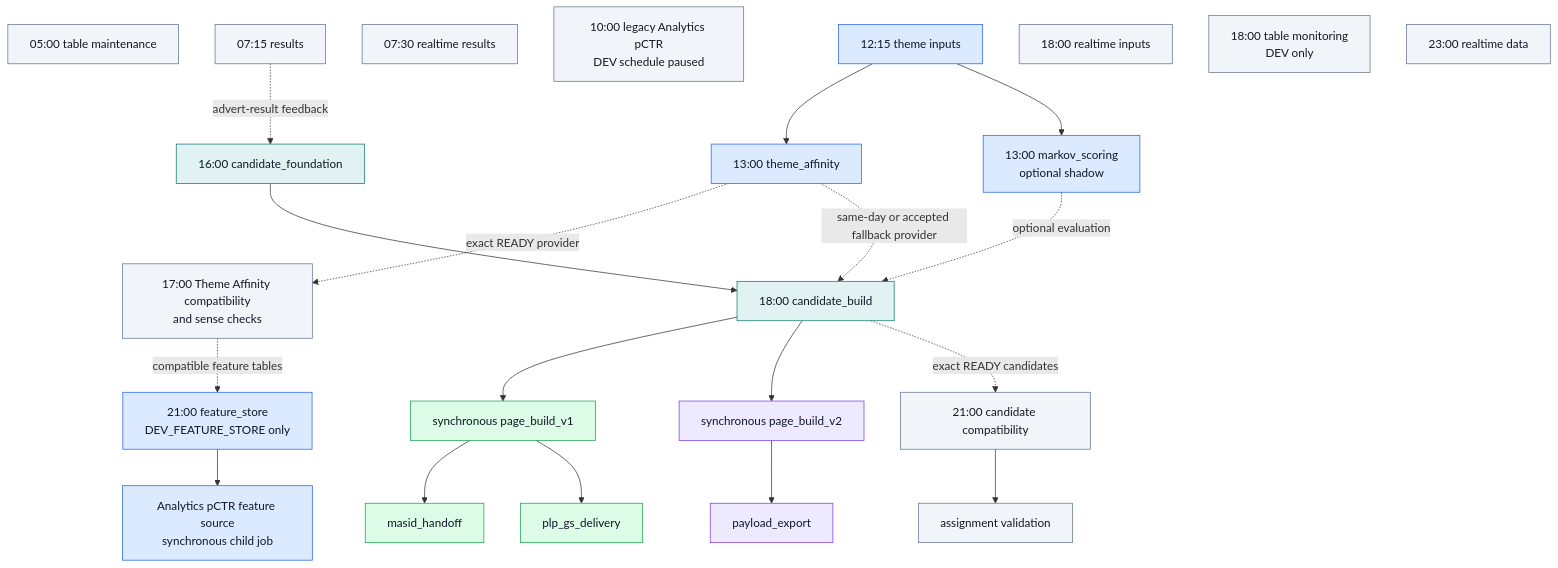
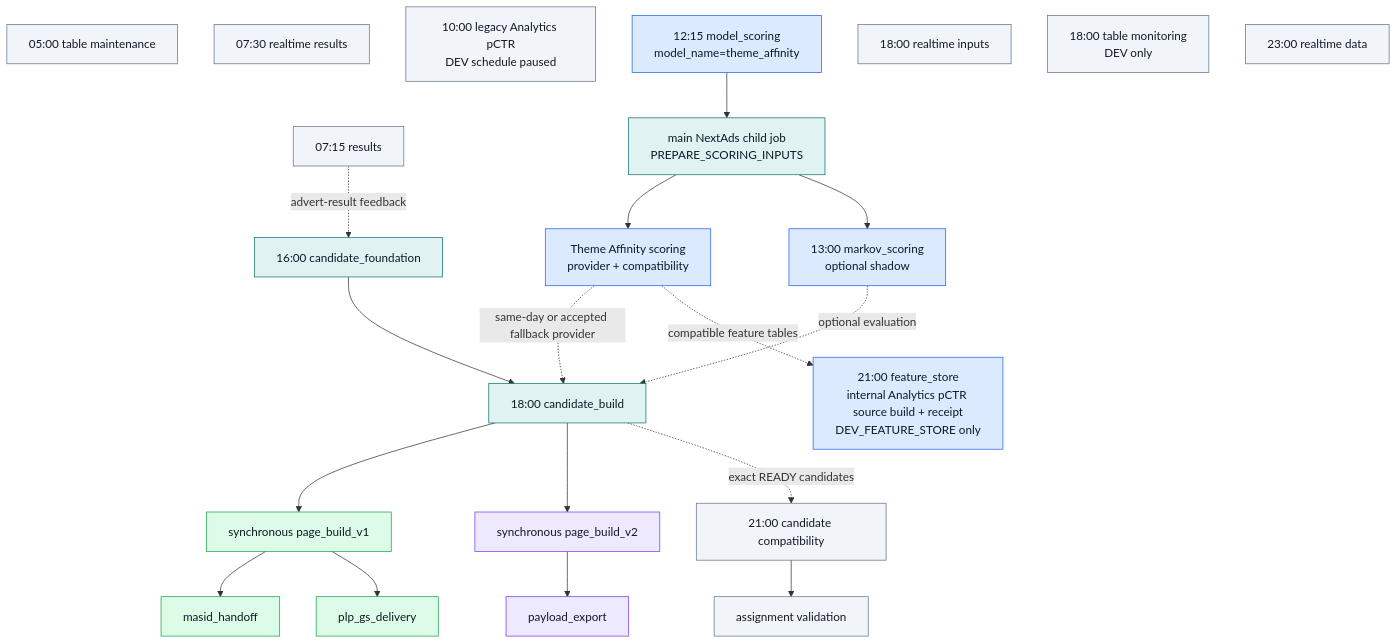
Before and after one commit to swblain-glyndwr/personal_project: the second of 8 diagrams in docs/CICD/nextads_databricks_runtime_map.md, drawn with Mermaid. The commit also changed other lines of this file and 26 other files, not shown here.

Commit message:
Consolidate scheduled model scoring and feature sources

````diff
--- a/docs/CICD/nextads_databricks_runtime_map.md
+++ b/docs/CICD/nextads_databricks_runtime_map.md
@@ -138,48 +141,45 @@
 ```mermaid
 flowchart TD
   classDef sharedModel fill:#dbeafe,stroke:#2563eb,color:#111827
   classDef sharedTask fill:#e0f2f1,stroke:#0f766e,color:#111827
   classDef v1 fill:#dcfce7,stroke:#16a34a,color:#111827
   classDef v2 fill:#ede9fe,stroke:#7c3aed,color:#111827
   classDef reporting fill:#f1f5f9,stroke:#64748b,color:#111827
 
   maintenance["05:00 table maintenance"]:::reporting
   results["07:15 results"]:::reporting
   realtime_results["07:30 realtime results"]:::reporting
   legacy_pctr["10:00 legacy Analytics pCTR<br/>DEV schedule paused"]:::reporting
-  theme_inputs["12:15 theme inputs"]:::sharedModel
-  theme_affinity["13:00 theme_affinity"]:::sharedModel
+  model_scoring["12:15 model_scoring<br/>model_name=theme_affinity"]:::sharedModel
+  theme_inputs["main NextAds child job<br/>PREPARE_SCORING_INPUTS"]:::sharedTask
+  theme_affinity["Theme Affinity scoring<br/>provider + compatibility"]:::sharedModel
   markov["13:00 markov_scoring<br/>optional shadow"]:::sharedModel
-  theme_compat["17:00 Theme Affinity compatibility<br/>and sense checks"]:::reporting
   candidate_foundation["16:00 candidate_foundation"]:::sharedTask
   candidate["18:00 candidate_build"]:::sharedTask
   candidate_compat["21:00 candidate compatibility"]:::reporting
   realtime_inputs["18:00 realtime inputs"]:::reporting
   table_monitor["18:00 table monitoring<br/>DEV only"]:::reporting
   page_build["synchronous page_build_v1"]:::v1
   page_build_v2["synchronous page_build_v2"]:::v2
   assignment_validation["assignment validation"]:::reporting
   masid["masid_handoff"]:::v1
   payload["payload_export"]:::v2
   plp["plp_gs_delivery"]:::v1
-  feature_store["21:00 feature_store<br/>DEV_FEATURE_STORE only"]:::sharedModel
-  analytics_source["Analytics pCTR feature source<br/>synchronous child job"]:::sharedModel
+  feature_store["21:00 feature_store<br/>internal Analytics pCTR source build + receipt<br/>DEV_FEATURE_STORE only"]:::sharedModel
   realtime_data["23:00 realtime data"]:::reporting
 
-  theme_inputs --> theme_affinity
+  model_scoring --> theme_inputs --> theme_affinity
   theme_inputs --> markov
   results -. advert-result feedback .-> candidate_foundation
-  theme_affinity -. exact READY provider .-> theme_compat
   theme_affinity -. same-day or accepted fallback provider .-> candidate
   candidate_foundation --> candidate
   markov -. optional evaluation .-> candidate
   candidate --> page_build
   candidate --> page_build_v2
   candidate -. exact READY candidates .-> candidate_compat
   candidate_compat --> assignment_validation
   page_build --> masid
   page_build --> plp
   page_build_v2 --> payload
-  theme_compat -. compatible feature tables .-> feature_store
-  feature_store --> analytics_source
+  theme_affinity -. compatible feature tables .-> feature_store
 ```
````
